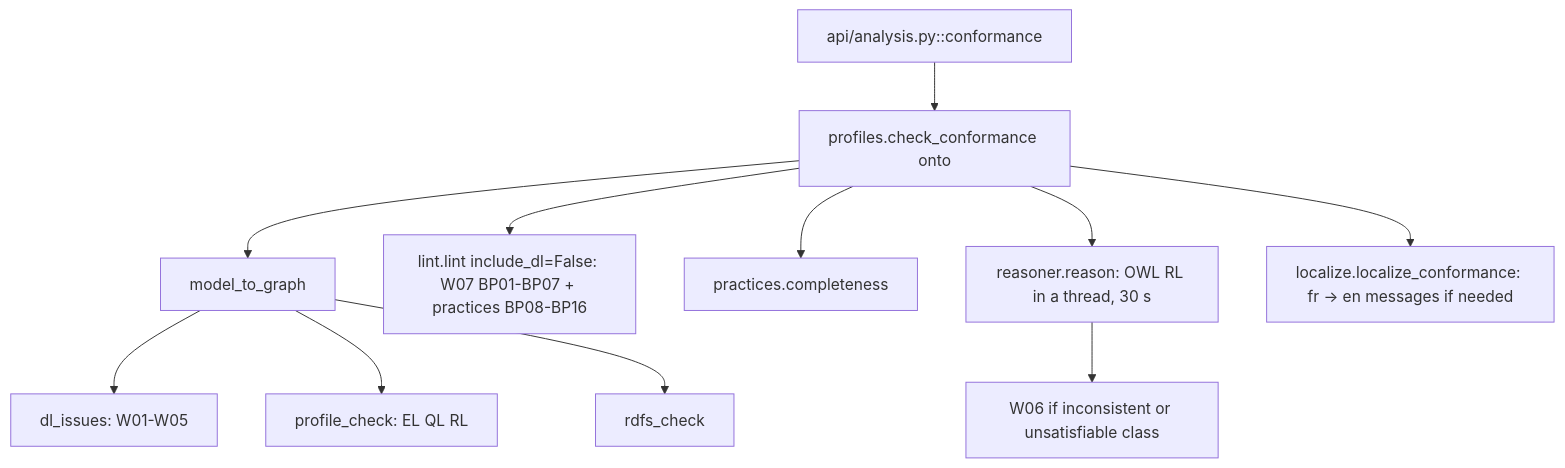
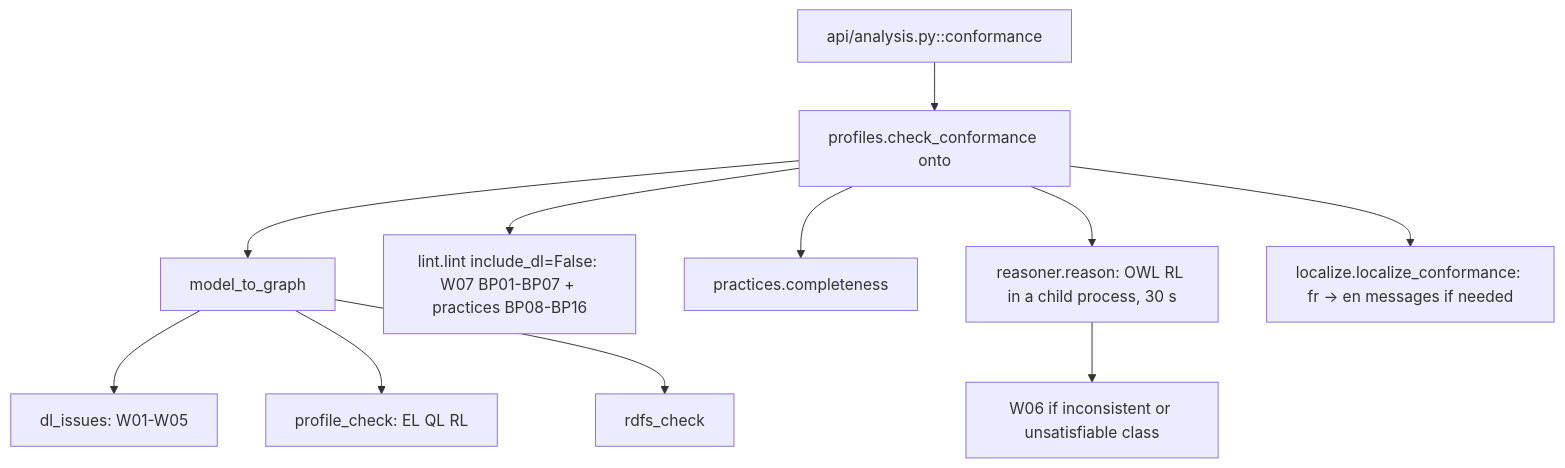
One commit to XapedemakX/OntoForge changed the first of 2 diagrams in docs/dev/05-conformite-owl-hermit.en.md. Above: the diagram before and after it, drawn with Mermaid. The commit also changed other lines of this file and 87 other files, not shown here.

````diff
--- a/docs/dev/05-conformite-owl-hermit.en.md
+++ b/docs/dev/05-conformite-owl-hermit.en.md
@@ -49,13 +51,13 @@
 ```mermaid
 flowchart TD
   A[api/analysis.py::conformance] --> B[profiles.check_conformance onto]
   B --> G[model_to_graph]
   G --> DL[dl_issues: W01-W05]
   G --> PR[profile_check: EL QL RL]
   G --> RS[rdfs_check]
   B --> L[lint.lint include_dl=False: W07 BP01-BP07 + practices BP08-BP16]
   B --> C[practices.completeness]
-  B --> R[reasoner.reason: OWL RL in a thread, 30 s]
+  B --> R[reasoner.reason: OWL RL in a child process, 30 s]
   R --> W6[W06 if inconsistent or unsatisfiable class]
   B --> T[localize.localize_conformance: fr → en messages if needed]
 ```
````
